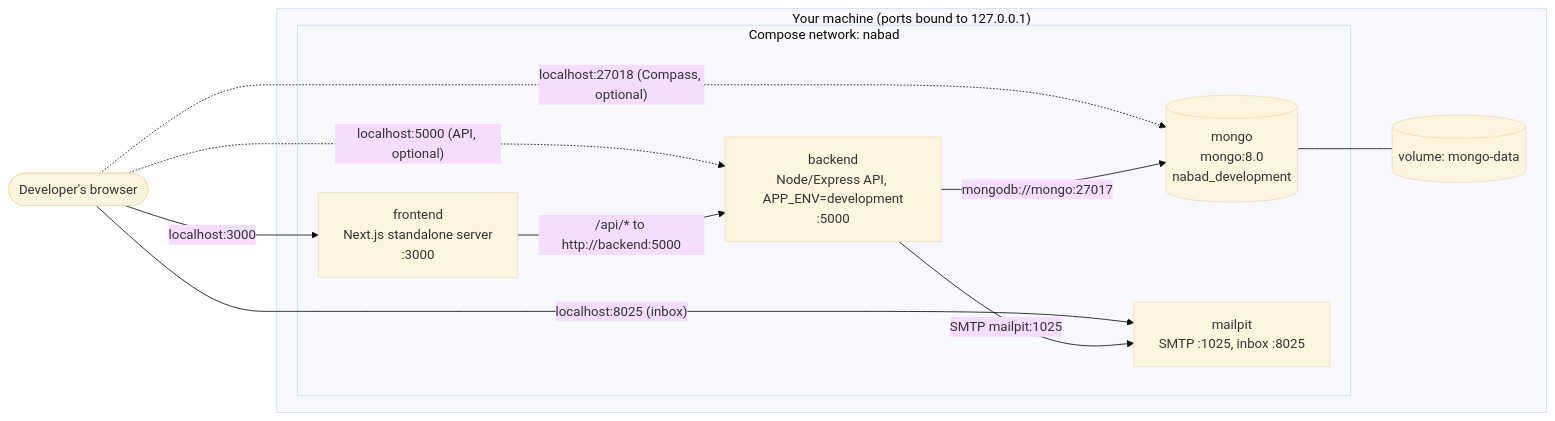
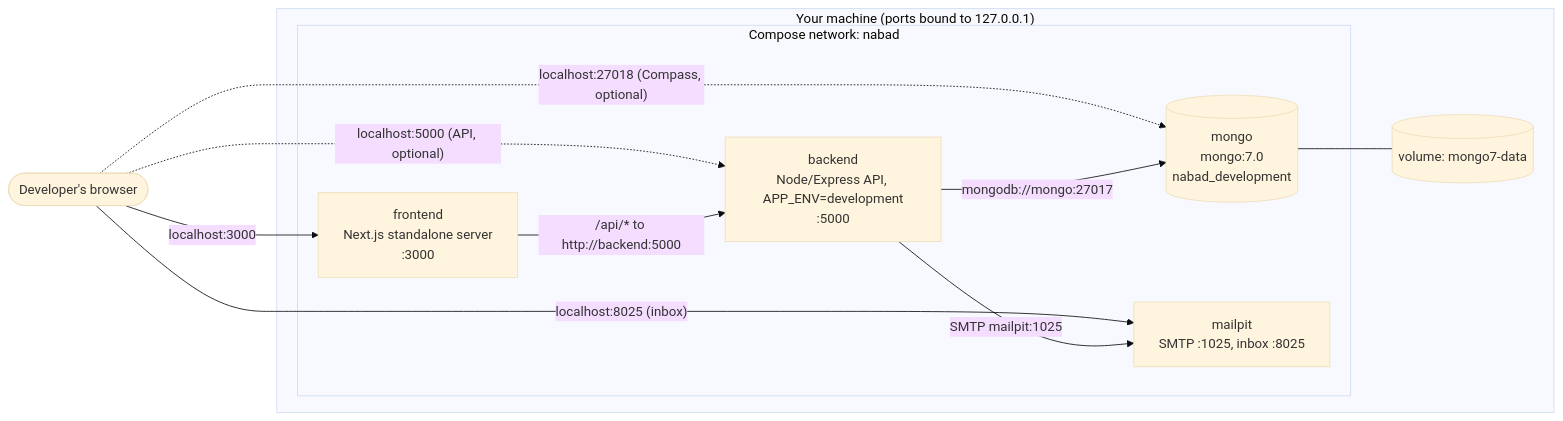
The second of 3 diagrams in docs/architecture.md (Nabad-team/Nabad), drawn with Mermaid (base theme) before and after one commit. The commit also changed 2 other files, not shown here.

Commit message:
Run MongoDB 7.0 in Docker Compose: 8.0 refuses to start on the runners' Linux kernel
MongoDB 8.x exits at startup on Linux kernel 6.19 through 7.0.13 (SERVER-121912), which
GitHub's runners now use, so the Selenium job could not start the stack. 7.0 is supported on
every kernel. It uses a new volume because it can't open data written by 8.0.

````diff
--- a/docs/architecture.md
+++ b/docs/architecture.md
@@ -64,23 +64,23 @@
 ```mermaid
 flowchart LR
     dev(["Developer's browser"])
 
     subgraph host["Your machine (ports bound to 127.0.0.1)"]
         subgraph net["Compose network: nabad"]
             frontend["frontend<br/>Next.js standalone server<br/>:3000"]
             backend["backend<br/>Node/Express API, APP_ENV=development<br/>:5000"]
-            mongo[("mongo<br/>mongo:8.0<br/>nabad_development")]
+            mongo[("mongo<br/>mongo:7.0<br/>nabad_development")]
             mailpit["mailpit<br/>SMTP :1025, inbox :8025"]
         end
-        vol[("volume: mongo-data")]
+        vol[("volume: mongo7-data")]
     end
 
     dev -- "localhost:3000" --> frontend
     dev -- "localhost:8025 (inbox)" --> mailpit
     dev -. "localhost:5000 (API, optional)" .-> backend
     dev -. "localhost:27018 (Compass, optional)" .-> mongo
     frontend -- "/api/* to http://backend:5000" --> backend
     backend -- "mongodb://mongo:27017" --> mongo
     backend -- "SMTP mailpit:1025" --> mailpit
     mongo --- vol
 ```
````
